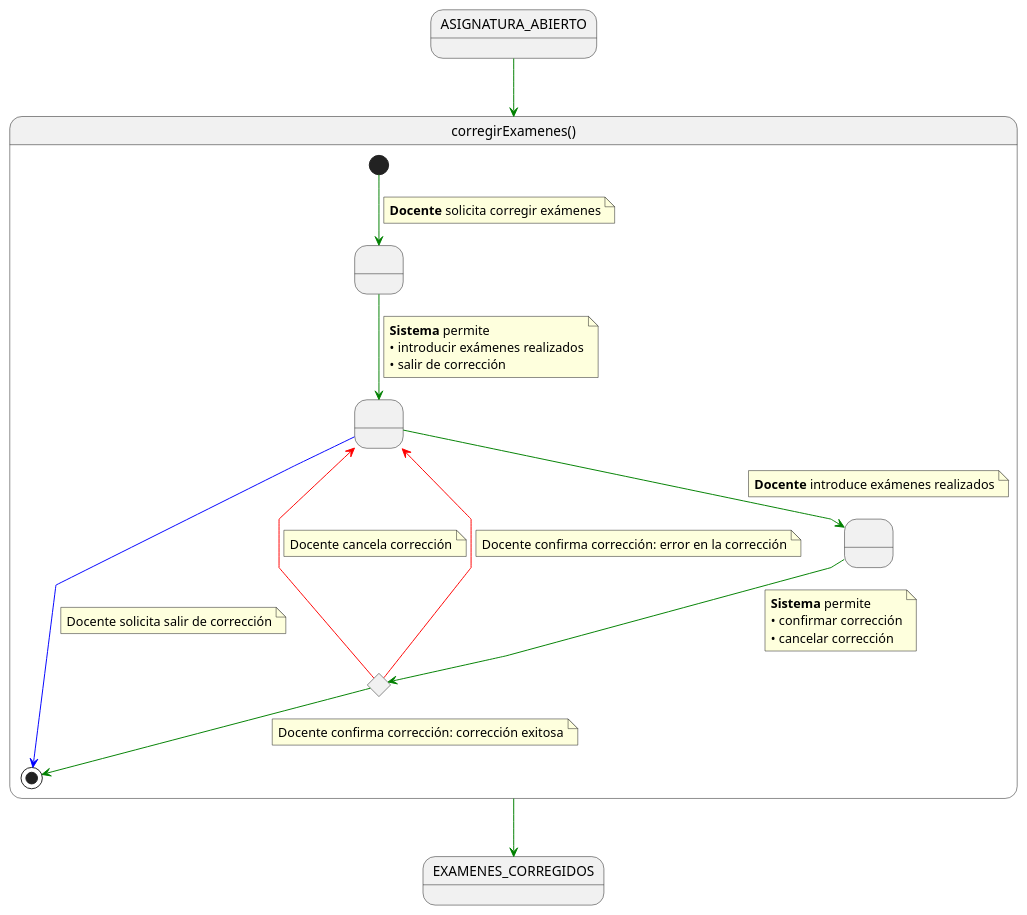
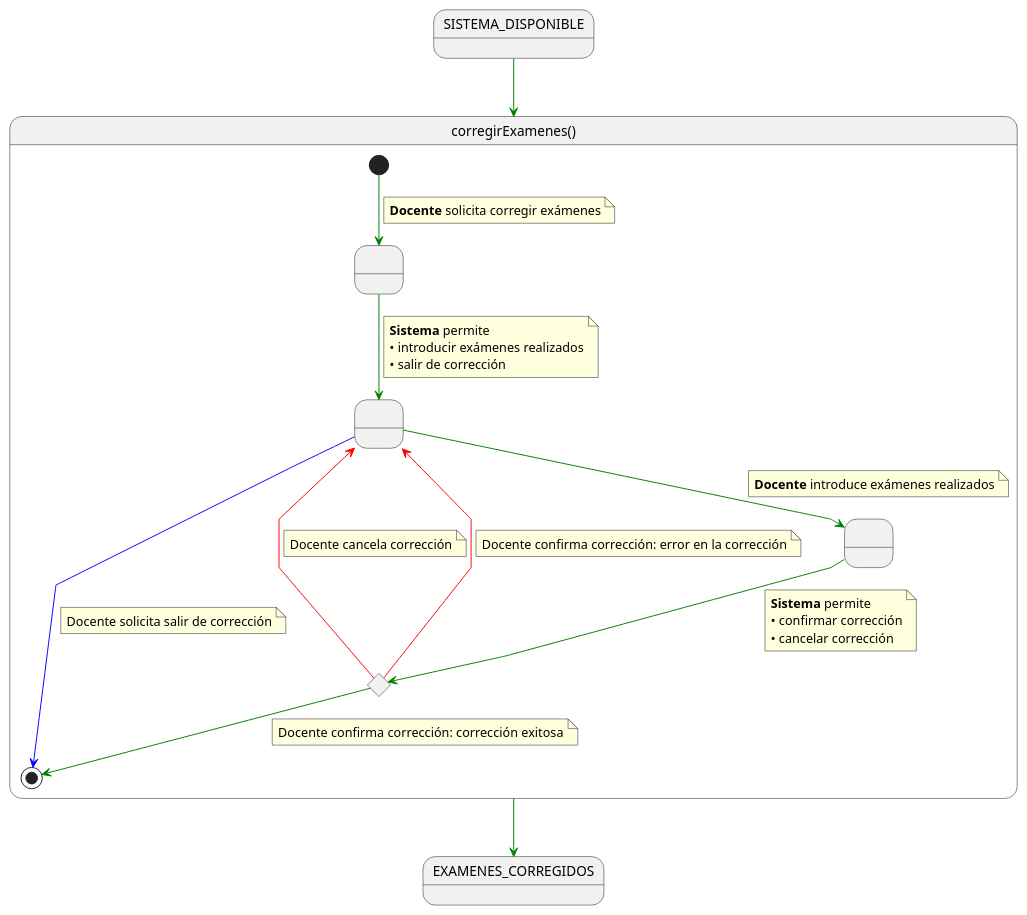
Before and after one commit to martinlopez7/25-26-IdSw1-SdR: the diagram in documents/casos-de-uso/detalladoCasosDeUso/corregirExamenes/corregirExamenes.puml, drawn with PlantUML. The commit also changed 25 other files, not shown here.

```diff
--- a/documents/casos-de-uso/detalladoCasosDeUso/corregirExamenes/corregirExamenes.puml
+++ b/documents/casos-de-uso/detalladoCasosDeUso/corregirExamenes/corregirExamenes.puml
@@ -1,61 +1,61 @@
 @startuml generar
 
 skinparam linetype polyline
 
 state corregirExamenes as "corregirExamenes()" {
 
     state " " as RequiringCorrection
     state " " as ProvidingDoneExams
     state " " as ProvidingConfirmation
     state c <<choice>>
 
     [*] -[#green]-> RequiringCorrection
     note on link
     <b>Docente</b> solicita corregir exámenes
     end note    
     
     RequiringCorrection -[#green]-> ProvidingDoneExams
     note on link
     <b>Sistema</b> permite 
     • introducir exámenes realizados
     • salir de corrección
     end note
     
     ProvidingDoneExams -[#green]-> ProvidingConfirmation
     note on link
     <b>Docente</b> introduce exámenes realizados
     end note
     
     ProvidingConfirmation -[#green]-> c
     note on link
     <b>Sistema</b> permite
     • confirmar corrección
     • cancelar corrección
     end note
     
     c -[#red]-> ProvidingDoneExams
     note on link
     Docente cancela corrección
     end note
 
     c -[#red]-> ProvidingDoneExams
     note on link
     Docente confirma corrección: error en la corrección
     end note
 
     c -[#green]-> [*]
     note on link
     Docente confirma corrección: corrección exitosa
     end note
     
     ProvidingDoneExams -[#blue]-> [*]
     note on link
     Docente solicita salir de corrección
     end note
 }
 
-ASIGNATURA_ABIERTO -[#green]-> corregirExamenes
+SISTEMA_DISPONIBLE -[#green]-> corregirExamenes
 
 corregirExamenes -[#green]-> EXAMENES_CORREGIDOS
 
 @enduml
```
